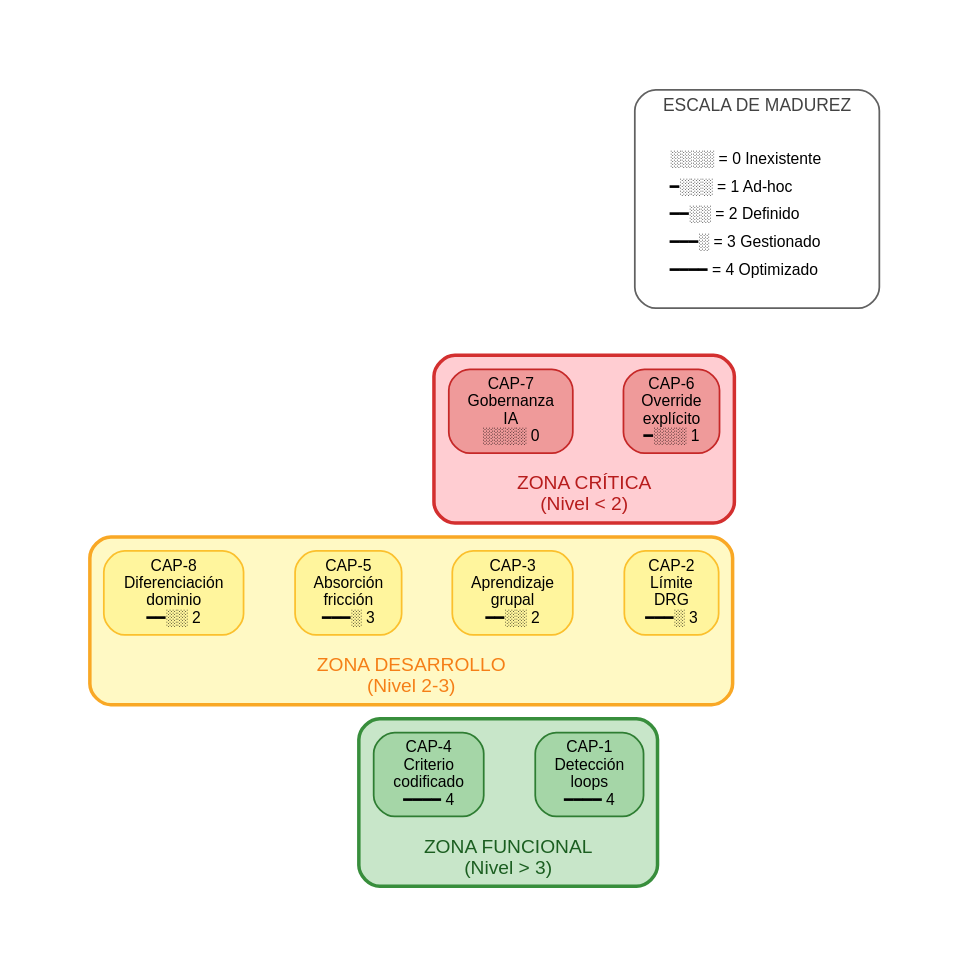
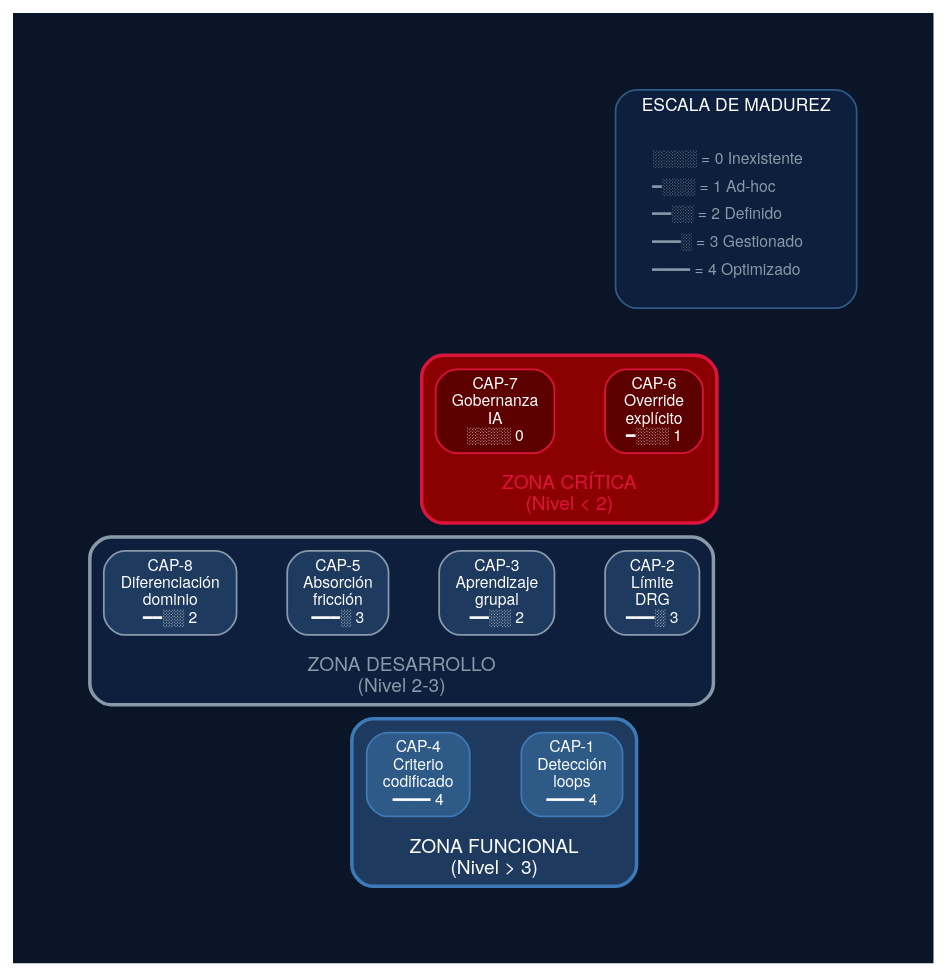
One commit to gonzalezulises/mas-control-mas-caos changed the diagram in assets/diagrams/AppE-radar-capacidades.dot. Above: the diagram before and after it, drawn with Graphviz. The commit also changed 11 other files, not shown here.

First line of the commit message:
Update all diagrams to match cover color palette

```diff
--- a/assets/diagrams/AppE-radar-capacidades.dot
+++ b/assets/diagrams/AppE-radar-capacidades.dot
@@ -1,95 +1,97 @@
 digraph RadarCapacidades {
-    // Configuración general
+    // Configuración general - paleta portada
     graph [
-        bgcolor="white"
-        fontname="Helvetica"
+        bgcolor="#0a1628"
+        fontname="Helvetica Neue"
         fontsize=11
+        fontcolor="#ffffff"
         pad=0.5
         nodesep=0.4
         ranksep=0.6
     ];
-    node [fontname="Helvetica" fontsize=10];
-    edge [fontname="Helvetica" fontsize=9];
+    node [fontname="Helvetica Neue" fontsize=10 fontcolor="#ffffff"];
+    edge [fontname="Helvetica Neue" fontsize=9 fontcolor="#8899aa"];
 
     // Nodo central invisible para anclar
     center [label="" shape=point width=0.1 style=invis];
 
-    // === ZONA FUNCIONAL (anillo exterior - verde) ===
+    // === ZONA FUNCIONAL (anillo exterior - azul control) ===
     subgraph cluster_funcional {
         label="ZONA FUNCIONAL\n(Nivel > 3)"
         labelloc="b"
         style="rounded,filled"
-        fillcolor="#c8e6c9"
-        color="#388e3c"
+        fillcolor="#1e3a5f"
+        color="#3d7ab7"
         penwidth=2
-        fontcolor="#1b5e20"
+        fontcolor="#ffffff"
         fontsize=11
 
-        // Capacidades en zona funcional (ejemplos posicionados)
-        F1 [label="CAP-1\nDetección\nloops\n━━━━ 4" shape=box style="rounded,filled" fillcolor="#a5d6a7" color="#2e7d32" fontsize=9]
-        F2 [label="CAP-4\nCriterio\ncodificado\n━━━━ 4" shape=box style="rounded,filled" fillcolor="#a5d6a7" color="#2e7d32" fontsize=9]
+        // Capacidades en zona funcional
+        F1 [label="CAP-1\nDetección\nloops\n━━━━ 4" shape=box style="rounded,filled" fillcolor="#2d5a87" color="#3d7ab7" fontsize=9 fontcolor="#ffffff"]
+        F2 [label="CAP-4\nCriterio\ncodificado\n━━━━ 4" shape=box style="rounded,filled" fillcolor="#2d5a87" color="#3d7ab7" fontsize=9 fontcolor="#ffffff"]
     }
 
-    // === ZONA DESARROLLO (anillo medio - amarillo) ===
+    // === ZONA DESARROLLO (anillo medio - gris) ===
     subgraph cluster_desarrollo {
         label="ZONA DESARROLLO\n(Nivel 2-3)"
         labelloc="b"
         style="rounded,filled"
-        fillcolor="#fff9c4"
-        color="#f9a825"
+        fillcolor="#0d1f3c"
+        color="#8899aa"
         penwidth=2
-        fontcolor="#f57f17"
+        fontcolor="#8899aa"
         fontsize=11
 
-        D1 [label="CAP-2\nLímite\nDRG\n━━━░ 3" shape=box style="rounded,filled" fillcolor="#fff59d" color="#fbc02d" fontsize=9]
-        D2 [label="CAP-3\nAprendizaje\ngrupal\n━━░░ 2" shape=box style="rounded,filled" fillcolor="#fff59d" color="#fbc02d" fontsize=9]
-        D3 [label="CAP-5\nAbsorción\nfricción\n━━━░ 3" shape=box style="rounded,filled" fillcolor="#fff59d" color="#fbc02d" fontsize=9]
-        D4 [label="CAP-8\nDiferenciación\ndominio\n━━░░ 2" shape=box style="rounded,filled" fillcolor="#fff59d" color="#fbc02d" fontsize=9]
+        D1 [label="CAP-2\nLímite\nDRG\n━━━░ 3" shape=box style="rounded,filled" fillcolor="#1e3a5f" color="#8899aa" fontsize=9 fontcolor="#ffffff"]
+        D2 [label="CAP-3\nAprendizaje\ngrupal\n━━░░ 2" shape=box style="rounded,filled" fillcolor="#1e3a5f" color="#8899aa" fontsize=9 fontcolor="#ffffff"]
+        D3 [label="CAP-5\nAbsorción\nfricción\n━━━░ 3" shape=box style="rounded,filled" fillcolor="#1e3a5f" color="#8899aa" fontsize=9 fontcolor="#ffffff"]
+        D4 [label="CAP-8\nDiferenciación\ndominio\n━━░░ 2" shape=box style="rounded,filled" fillcolor="#1e3a5f" color="#8899aa" fontsize=9 fontcolor="#ffffff"]
     }
 
-    // === ZONA CRÍTICA (anillo interior - rojo) ===
+    // === ZONA CRÍTICA (anillo interior - rojo caos) ===
     subgraph cluster_critica {
         label="ZONA CRÍTICA\n(Nivel < 2)"
         labelloc="b"
         style="rounded,filled"
-        fillcolor="#ffcdd2"
-        color="#d32f2f"
+        fillcolor="#8b0000"
+        color="#dc143c"
         penwidth=2
-        fontcolor="#b71c1c"
+        fontcolor="#dc143c"
         fontsize=11
 
-        C1 [label="CAP-6\nOverride\nexplícito\n━░░░ 1" shape=box style="rounded,filled" fillcolor="#ef9a9a" color="#c62828" fontsize=9]
-        C2 [label="CAP-7\nGobernanza\nIA\n░░░░ 0" shape=box style="rounded,filled" fillcolor="#ef9a9a" color="#c62828" fontsize=9]
+        C1 [label="CAP-6\nOverride\nexplícito\n━░░░ 1" shape=box style="rounded,filled" fillcolor="#5c0000" color="#dc143c" fontsize=9 fontcolor="#ffffff"]
+        C2 [label="CAP-7\nGobernanza\nIA\n░░░░ 0" shape=box style="rounded,filled" fillcolor="#5c0000" color="#dc143c" fontsize=9 fontcolor="#ffffff"]
     }
 
     // === LEYENDA ===
     subgraph cluster_leyenda {
         label="ESCALA DE MADUREZ"
         labelloc="t"
-        style="rounded"
-        color="#616161"
-        fontcolor="#424242"
+        style="rounded,filled"
+        fillcolor="#0d1f3c"
+        color="#2d5a87"
+        fontcolor="#ffffff"
         fontsize=10
 
         leyenda [
             label=<
-            <TABLE BORDER="0" CELLBORDER="0" CELLSPACING="2">
-                <TR><TD ALIGN="LEFT"><FONT POINT-SIZE="9">░░░░ = 0 Inexistente</FONT></TD></TR>
-                <TR><TD ALIGN="LEFT"><FONT POINT-SIZE="9">━░░░ = 1 Ad-hoc</FONT></TD></TR>
-                <TR><TD ALIGN="LEFT"><FONT POINT-SIZE="9">━━░░ = 2 Definido</FONT></TD></TR>
-                <TR><TD ALIGN="LEFT"><FONT POINT-SIZE="9">━━━░ = 3 Gestionado</FONT></TD></TR>
-                <TR><TD ALIGN="LEFT"><FONT POINT-SIZE="9">━━━━ = 4 Optimizado</FONT></TD></TR>
+            <TABLE BORDER="0" CELLBORDER="0" CELLSPACING="2" BGCOLOR="#0d1f3c">
+                <TR><TD ALIGN="LEFT"><FONT POINT-SIZE="9" COLOR="#8899aa">░░░░ = 0 Inexistente</FONT></TD></TR>
+                <TR><TD ALIGN="LEFT"><FONT POINT-SIZE="9" COLOR="#8899aa">━░░░ = 1 Ad-hoc</FONT></TD></TR>
+                <TR><TD ALIGN="LEFT"><FONT POINT-SIZE="9" COLOR="#8899aa">━━░░ = 2 Definido</FONT></TD></TR>
+                <TR><TD ALIGN="LEFT"><FONT POINT-SIZE="9" COLOR="#8899aa">━━━░ = 3 Gestionado</FONT></TD></TR>
+                <TR><TD ALIGN="LEFT"><FONT POINT-SIZE="9" COLOR="#8899aa">━━━━ = 4 Optimizado</FONT></TD></TR>
             </TABLE>
             >
             shape=none
         ]
     }
 
     // Conexiones invisibles para layout
     center -> C1 [style=invis]
     center -> C2 [style=invis]
     C1 -> D1 [style=invis]
     C2 -> D2 [style=invis]
     D1 -> F1 [style=invis]
     D3 -> F2 [style=invis]
 }
```
